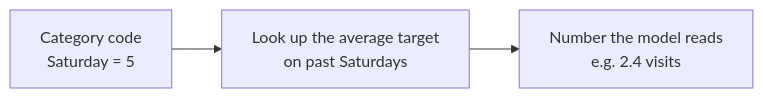
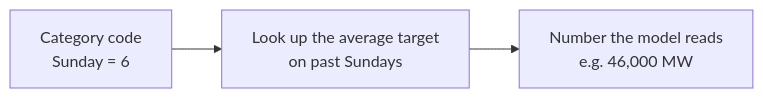
The sixth of 11 diagrams in docs/01-concepts.md (mourjo/zero-shot-forecasting), drawn with Mermaid before and after one commit. The commit also changed other lines of this file and 3 other files, not shown here.

````diff
--- a/docs/01-concepts.md
+++ b/docs/01-concepts.md
@@ -324,4 +334,4 @@
 ```mermaid
 flowchart LR
-    A["Category code<br/>Saturday = 5"] --> B["Look up the average target<br/>on past Saturdays"] --> C["Number the model reads<br/>e.g. 2.4 visits"]
+    A["Category code<br/>Sunday = 6"] --> B["Look up the average target<br/>on past Sundays"] --> C["Number the model reads<br/>e.g. 46,000 MW"]
 ```
````
